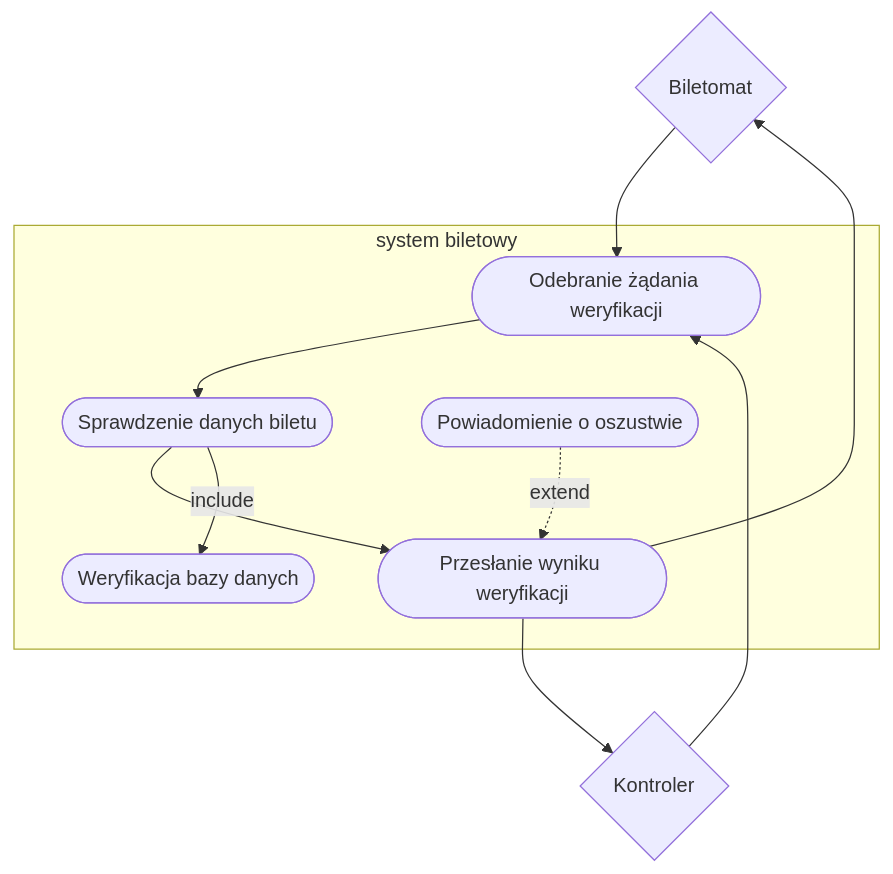
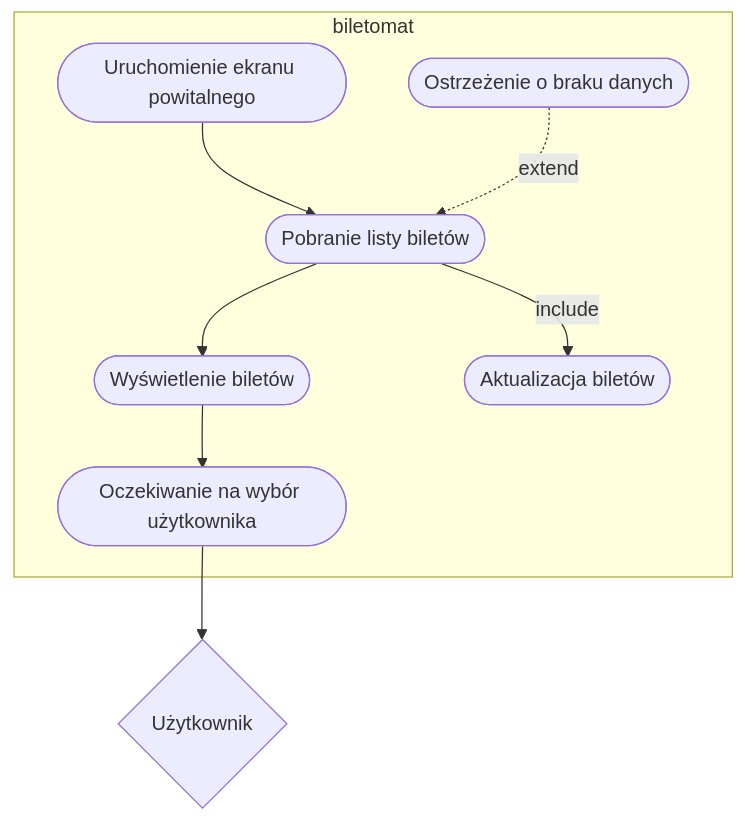
Before and after one commit to pilukal/MWO: the second of 3 diagrams in system-biletowy.md, drawn with Mermaid.

Commit message:
naprawiony diagram "Wyswietlanie dostepnych biletow"

````diff
--- a/system-biletowy.md
+++ b/system-biletowy.md
@@ -24,25 +24,25 @@
 ```mermaid
 flowchart TD
     
-    Biletomat{Biletomat}
-    Kontroler{Kontroler}
-    Biletomat --> Odebranie_zadania_weryfikacji
-    Kontroler --> Odebranie_zadania_weryfikacji
-    Przeslanie_wyniku_weryfikacji -->Biletomat
-    Przeslanie_wyniku_weryfikacji -->Kontroler
-    subgraph system biletowy
+    Uzytkownik{Użytkownik}
+    Oczekiwanie_na_wybor_uzytkownika --> Uzytkownik
+
+    subgraph biletomat
     
-    Odebranie_zadania_weryfikacji([Odebranie żądania weryfikacji])
-    Sprawdzenie_danych_biletu([Sprawdzenie danych biletu])
-    Przeslanie_wyniku_weryfikacji([Przesłanie wyniku weryfikacji])
+    Uruchomienie_ekranu_powitalnego([Uruchomienie ekranu powitalnego])
+    Pobranie_listy_biletow([Pobranie listy biletów])
+    Wyswietlenie_biletow([Wyświetlenie biletów])
+    Oczekiwanie_na_wybor_uzytkownika([Oczekiwanie na wybór użytkownika])
 
-    Weryfikacja_bazy_danych([Weryfikacja bazy danych])
-    Powiadomienie_o_oszustwie([Powiadomienie o oszustwie])
+    Aktualizacja_biletow([Aktualizacja biletów])
+    Ostrzezenie_o_braku_danych([Ostrzeżenie o braku danych])
 
-    Odebranie_zadania_weryfikacji --> Sprawdzenie_danych_biletu
-    Sprawdzenie_danych_biletu --> Przeslanie_wyniku_weryfikacji
 
-    Sprawdzenie_danych_biletu --> |include| Weryfikacja_bazy_danych
-    Powiadomienie_o_oszustwie -.-> |extend| Przeslanie_wyniku_weryfikacji
+    Uruchomienie_ekranu_powitalnego --> Pobranie_listy_biletow
+    Pobranie_listy_biletow --> Wyswietlenie_biletow
+    Wyswietlenie_biletow --> Oczekiwanie_na_wybor_uzytkownika
+
+    Pobranie_listy_biletow --> |include| Aktualizacja_biletow
+    Ostrzezenie_o_braku_danych -.-> |extend| Pobranie_listy_biletow
     end
 ```
````
